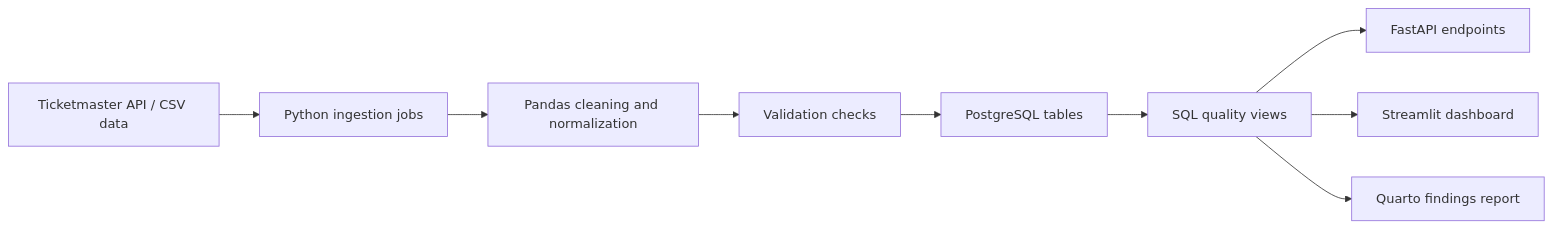
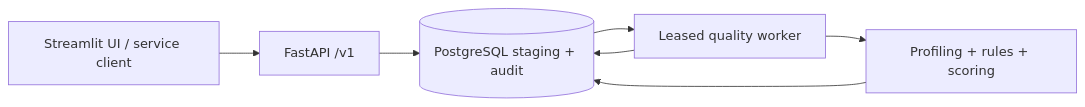
One commit to EnmaSantos/live-music-data-quality-pipeline changed the diagram in README.md. Above: the diagram before and after it, drawn with Mermaid. The commit also changed other lines of this file and 52 other files, not shown here.

Commit message:
Build the Data Referee quality platform

````diff
--- a/README.md
+++ b/README.md
@@ -72,11 +42,9 @@
 ```mermaid
 flowchart LR
-    A["Ticketmaster API / CSV data"] --> B["Python ingestion jobs"]
-    B --> C["Pandas cleaning and normalization"]
-    C --> D["Validation checks"]
-    D --> E["PostgreSQL tables"]
-    E --> F["SQL quality views"]
-    F --> G["FastAPI endpoints"]
-    F --> H["Streamlit dashboard"]
-    F --> I["Quarto findings report"]
+    U["Streamlit UI / service client"] --> A["FastAPI /v1"]
+    A --> D[("PostgreSQL staging + audit")]
+    W["Leased quality worker"] --> D
+    D --> W
+    W --> E["Profiling + rules + scoring"]
+    E --> D
 ```
````
